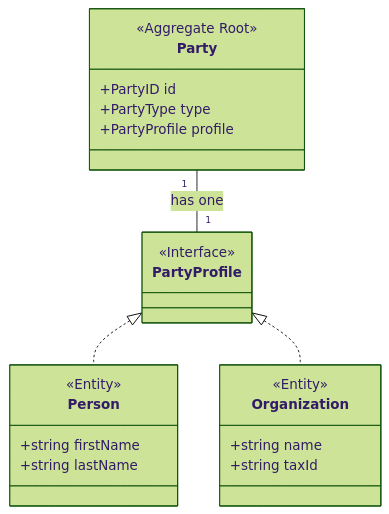
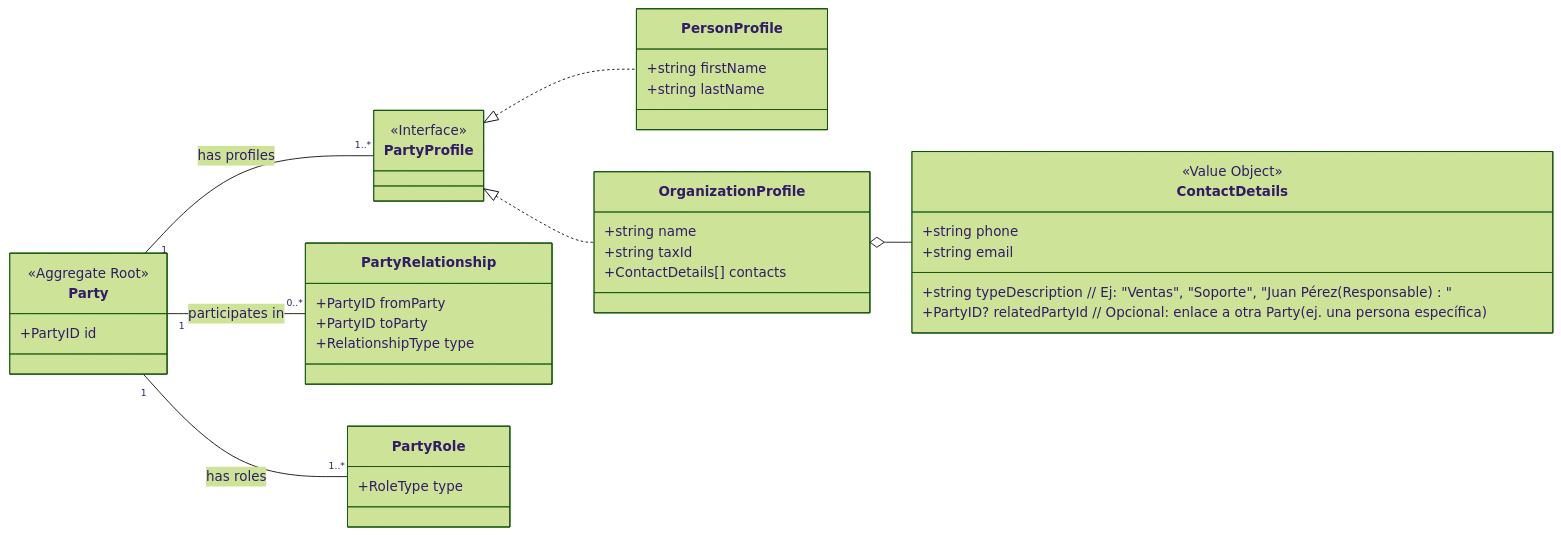
The diagram in docs/architecture/adrs/ADR-012-arquitectura-modulo-party.md (jorgecvzc/TramaTex), drawn with Mermaid (forest theme) before and after one commit. The commit also changed other lines of this file and 132 other files, not shown here.

````diff
--- a/docs/architecture/adrs/ADR-012-arquitectura-modulo-party.md
+++ b/docs/architecture/adrs/ADR-012-arquitectura-modulo-party.md
@@ -31,25 +52,43 @@
   ```mermaid
   classDiagram
+      direction LR
       class Party {
           <<Aggregate Root>>
           +PartyID id
-          +PartyType type
-          +PartyProfile profile
       }
       class PartyProfile {
           <<Interface>>
       }
-      class Person {
-          <<Entity>>
+      class PersonProfile {
           +string firstName
           +string lastName
       }
-      class Organization {
-          <<Entity>>
+      class OrganizationProfile {
           +string name
           +string taxId
+          +ContactDetails[] contacts
       }
-      Party "1" -- "1" PartyProfile : has one
-      PartyProfile <|.. Person
-      PartyProfile <|.. Organization
+      class PartyRelationship {
+          +PartyID fromParty
+          +PartyID toParty
+          +RelationshipType type
+      }
+      class PartyRole {
+        +RoleType type
+      }
+      class ContactDetails {
+          <<Value Object>>
+          +string typeDescription  // Ej: "Ventas", "Soporte", "Juan Pérez (Responsable)"
+          +string phone
+          +string email
+          +PartyID? relatedPartyId // Opcional: enlace a otra Party (ej. una persona específica)
+      }
+
+      Party "1" -- "1..*" PartyProfile : has profiles
+      Party "1" -- "1..*" PartyRole : has roles
+      Party "1" -- "0..*" PartyRelationship : participates in
+      
+      PartyProfile <|.. PersonProfile
+      PartyProfile <|.. OrganizationProfile
+      OrganizationProfile o-- ContactDetails
   ```
````
